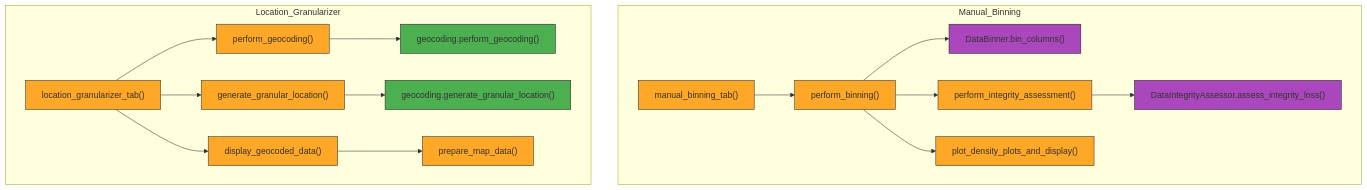
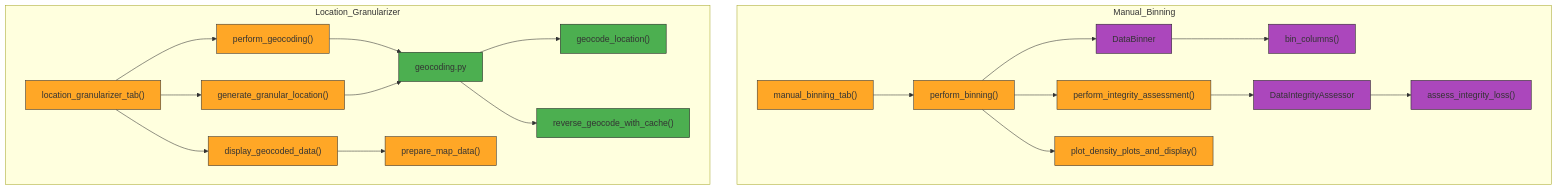
The second of 4 diagrams in README.md (MaLoskins/Deidentification_App), drawn with Mermaid before and after one commit. The commit also changed other lines of this file, not shown here.

````diff
--- a/README.md
+++ b/README.md
@@ -103,27 +102,31 @@
 ```mermaid
 flowchart TD
     %% Define styles for clarity
     classDef functionStyle fill:#FFA726,stroke:#333,stroke-width:1px; %% Functions - Darker orange
-    classDef flowStyle stroke:#B565A7,stroke-width:2px,stroke-dasharray: 5 5;
-    classDef classStyle fill:#AB47BC,stroke:#222,stroke-width:1px; %% For Class methods
-    classDef scriptStyle fill:#4CAF50,stroke:#222,stroke-width:1px; %% For scripts
+    classDef classStyle fill:#AB47BC,stroke:#222,stroke-width:1px; %% Classes - Purple
+    classDef scriptStyle fill:#4CAF50,stroke:#222,stroke-width:1px; %% Scripts - Green
 
     %% Manual Binning Tab
     subgraph Manual_Binning
         manual_binning_tab["manual_binning_tab()"]:::functionStyle --> perform_binning["perform_binning()"]:::functionStyle
-        perform_binning --> DataBinner.bin_columns["DataBinner.bin_columns()"]:::classStyle
+        perform_binning --> DataBinner["DataBinner"]:::classStyle
+        DataBinner --> bin_columns["bin_columns()"]:::classStyle
         perform_binning --> perform_integrity_assessment["perform_integrity_assessment()"]:::functionStyle
-        perform_integrity_assessment --> DataIntegrityAssessor.assess_integrity_loss["DataIntegrityAssessor.assess_integrity_loss()"]:::classStyle
+        perform_integrity_assessment --> DataIntegrityAssessor["DataIntegrityAssessor"]:::classStyle
+        DataIntegrityAssessor --> assess_integrity_loss["assess_integrity_loss()"]:::classStyle
         perform_binning --> plot_density_plots_and_display["plot_density_plots_and_display()"]:::functionStyle
     end
 
     %% Location Granularizer Tab
     subgraph Location_Granularizer
         location_granularizer_tab["location_granularizer_tab()"]:::functionStyle --> perform_geocoding["perform_geocoding()"]:::functionStyle
-        perform_geocoding --> geocoding.perform_geocoding["geocoding.perform_geocoding()"]:::scriptStyle
+        perform_geocoding --> geocoding_py["geocoding.py"]:::scriptStyle
+        geocoding_py --> geocode_location["geocode_location()"]:::scriptStyle
         location_granularizer_tab --> generate_granular_location["generate_granular_location()"]:::functionStyle
-        generate_granular_location --> geocoding.generate_granular_location["geocoding.generate_granular_location()"]:::scriptStyle
+        generate_granular_location --> geocoding_py
+        geocoding_py --> reverse_geocode_with_cache["reverse_geocode_with_cache()"]:::scriptStyle
         location_granularizer_tab --> display_geocoded_data["display_geocoded_data()"]:::functionStyle
         display_geocoded_data --> prepare_map_data["prepare_map_data()"]:::functionStyle
     end
+
 ```
````
